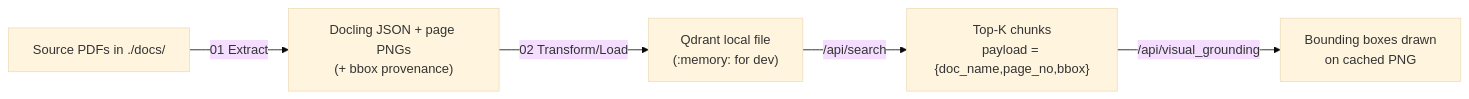
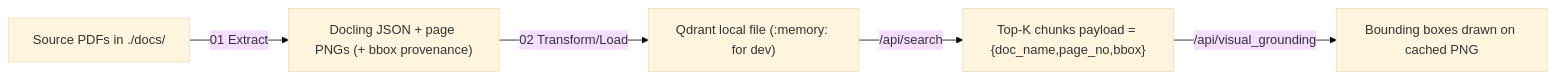
One commit to jharkins/medicare-policy-chatbot changed the diagram in README.md. Above: the diagram before and after it, drawn with Mermaid (base theme). The commit also changed other lines of this file and 3 other files, not shown here.

````diff
--- a/README.md
+++ b/README.md
@@ -32,7 +32,7 @@
 ```mermaid
 flowchart LR
-    A[Source PDFs in ./docs/] -->|01 Extract| B["Docling JSON + page PNGs\n(+ bbox provenance)"]
-    B -->|02 Transform/Load| C["Qdrant local file\n(:memory: for dev)"]
-    C -->|/api/search| D["Top-K chunks\npayload = {doc_name,page_no,bbox}"]
-    D -->|/api/visual_grounding| E["Bounding boxes drawn\non cached PNG"]
+    A[Source PDFs in ./docs/] -->|01 Extract| B["Docling JSON + page PNGs (+ bbox provenance)"]
+    B -->|02 Transform/Load| C["Qdrant local file (:memory: for dev)"]
+    C -->|/api/search| D["Top-K chunks payload = {doc_name,page_no,bbox}"]
+    D -->|/api/visual_grounding| E["Bounding boxes drawn on cached PNG"]
 ```
````
